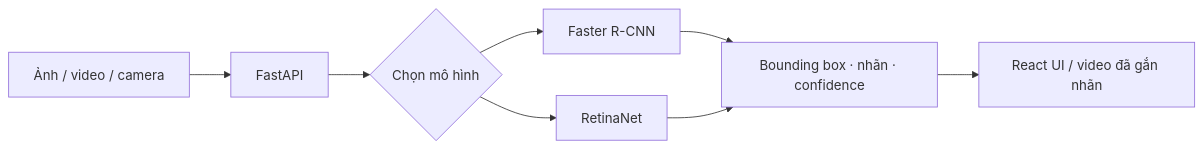
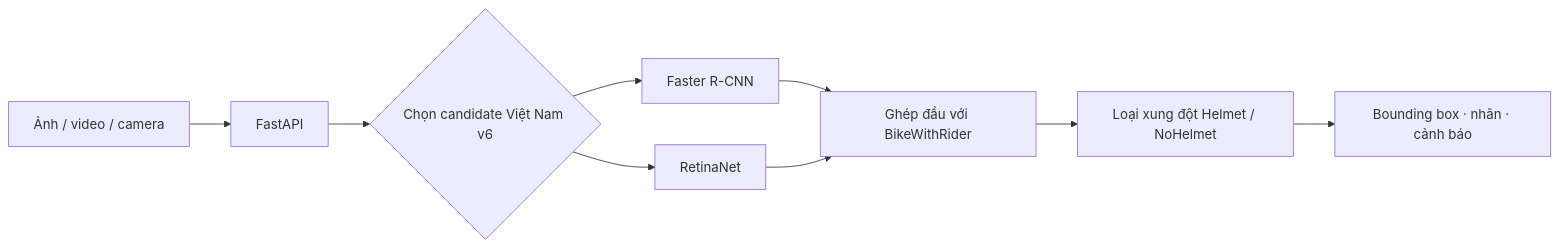
Before and after one commit to tlong15306/helmet-detection-comparison: the diagram in README.md, drawn with Mermaid. The commit also changed other lines of this file and 65 other files, not shown here.

````diff
--- a/README.md
+++ b/README.md
@@ -37,10 +38,11 @@
 ```mermaid
 flowchart LR
     A[Ảnh / video / camera] --> B[FastAPI]
-    B --> C{Chọn mô hình}
+    B --> C{Chọn candidate Việt Nam v6}
     C --> D[Faster R-CNN]
     C --> E[RetinaNet]
-    D --> F[Bounding box · nhãn · confidence]
+    D --> F[Ghép đầu với BikeWithRider]
     E --> F
-    F --> G[React UI / video đã gắn nhãn]
+    F --> G[Loại xung đột Helmet / NoHelmet]
+    G --> H[Bounding box · nhãn · cảnh báo]
 ```
````
